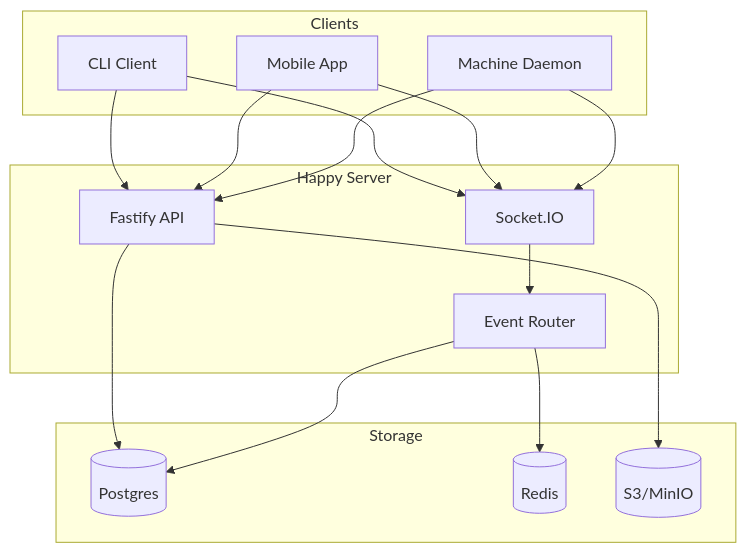
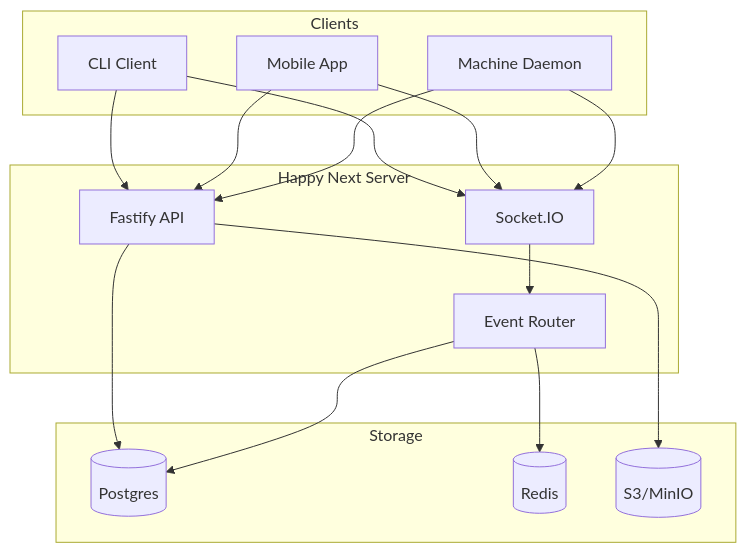
One commit to slopus/happy changed the first of 9 diagrams in docs/backend-architecture.md. Above: the diagram before and after it, drawn with Mermaid. The commit also changed other lines of this file and 21 other files, not shown here.

First line of the commit message:
docs: rewrite project documentation and Happy Next changelog

````diff
--- a/docs/backend-architecture.md
+++ b/docs/backend-architecture.md
@@ -7,33 +7,33 @@
 ```mermaid
 graph TB
     subgraph Clients
         CLI[CLI Client]
         Mobile[Mobile App]
         Daemon[Machine Daemon]
     end
 
-    subgraph "Happy Server"
+    subgraph "Happy Next Server"
         API[Fastify API]
         Socket[Socket.IO]
         Events[Event Router]
     end
 
     subgraph Storage
         PG[(Postgres)]
         Redis[(Redis)]
         S3[(S3/MinIO)]
     end
 
     CLI --> API
     Mobile --> API
     Daemon --> API
     CLI --> Socket
     Mobile --> Socket
     Daemon --> Socket
 
     API --> PG
     API --> S3
     Socket --> Events
     Events --> Redis
     Events --> PG
 ```
````
